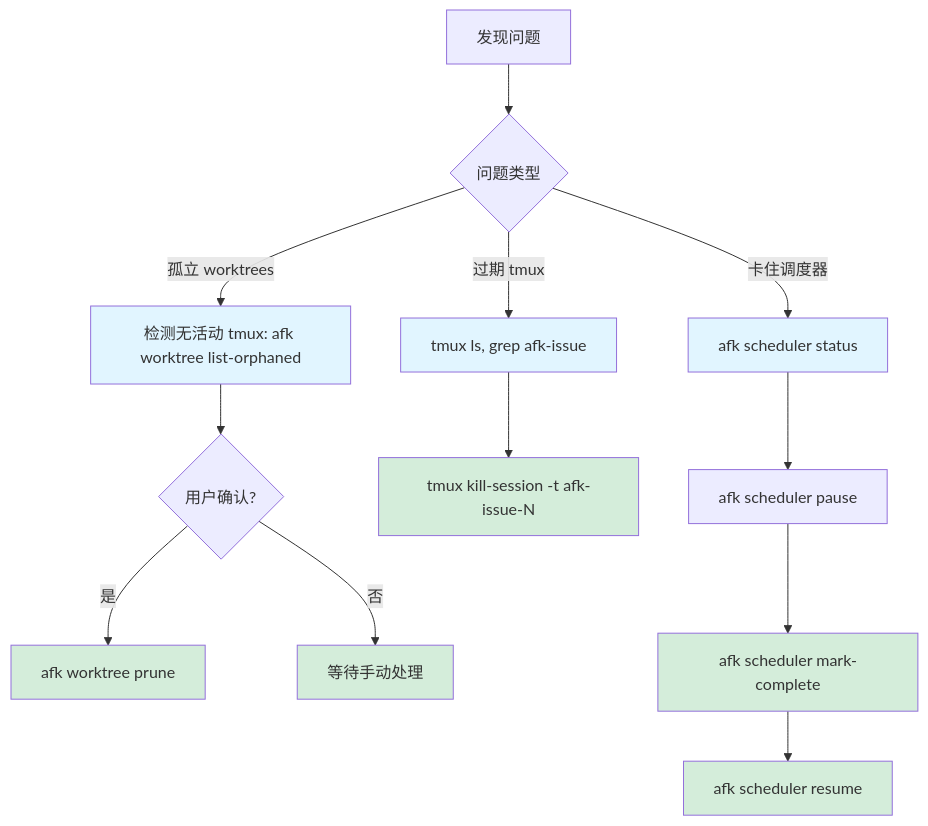
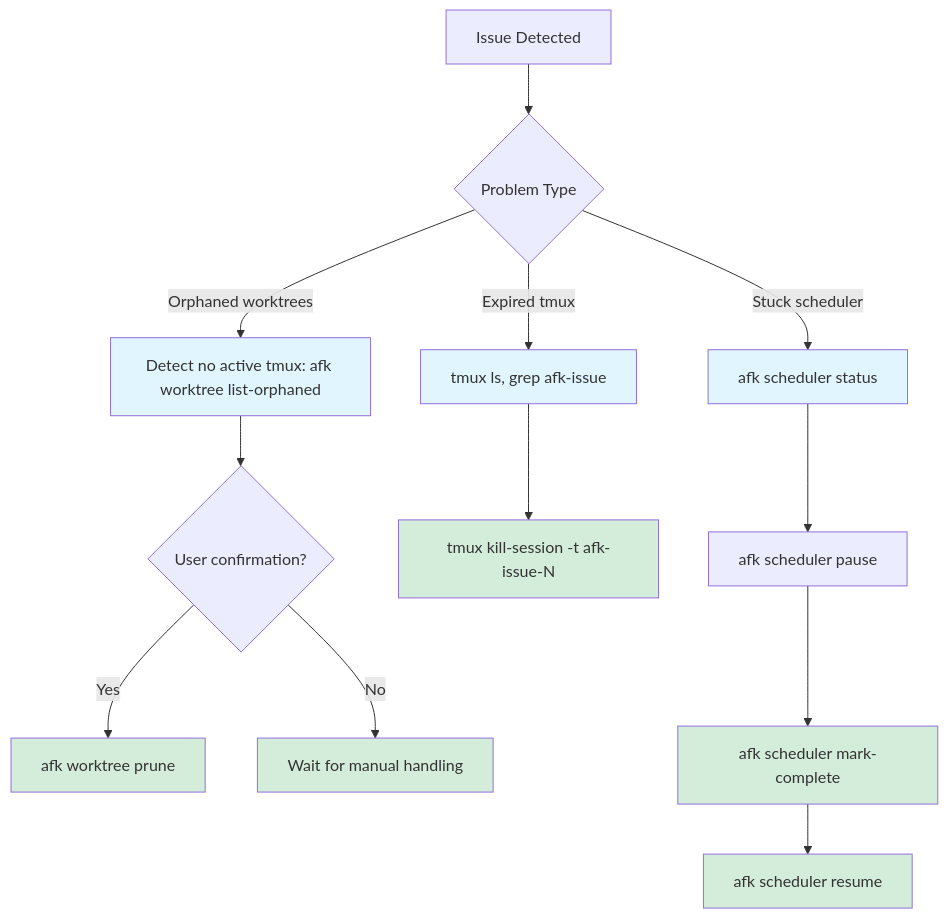
One commit to easyhaloo/afk changed the eighth of 9 diagrams in docs/WORKFLOWS.md. Above: the diagram before and after it, drawn with Mermaid. The commit also changed other lines of this file, not shown here.

````diff
--- a/docs/WORKFLOWS.md
+++ b/docs/WORKFLOWS.md
@@ -422,22 +422,22 @@
 ```mermaid
 flowchart TD
-    Issue[发现问题] --> Type{问题类型}
+    Issue[Issue Detected] --> Type{Problem Type}
 
-    Type -->|孤立 worktrees| Orphan["检测无活动 tmux: afk worktree list-orphaned"]
-    Orphan --> Confirm{用户确认?}
-    Confirm -->|是| Prune[afk worktree prune]
-    Confirm -->|否| Wait[等待手动处理]
+    Type -->|Orphaned worktrees| Orphan["Detect no active tmux: afk worktree list-orphaned"]
+    Orphan --> Confirm{User confirmation?}
+    Confirm -->|Yes| Prune[afk worktree prune]
+    Confirm -->|No| Wait[Wait for manual handling]
 
-    Type -->|过期 tmux| Expired["tmux ls, grep afk-issue"]
+    Type -->|Expired tmux| Expired["tmux ls, grep afk-issue"]
     Expired --> Kill["tmux kill-session -t afk-issue-N"]
 
-    Type -->|卡住调度器| Stuck[afk scheduler status]
+    Type -->|Stuck scheduler| Stuck[afk scheduler status]
     Stuck --> Pause[afk scheduler pause]
     Pause --> Manual["afk scheduler mark-complete"]
     Manual --> Resume[afk scheduler resume]
 
     classDef detect fill:#e1f5ff
     classDef action fill:#d4edda
     class Orphan,Expired,Stuck detect
     class Prune,Kill,Manual,Resume,Wait action
 ```
````
